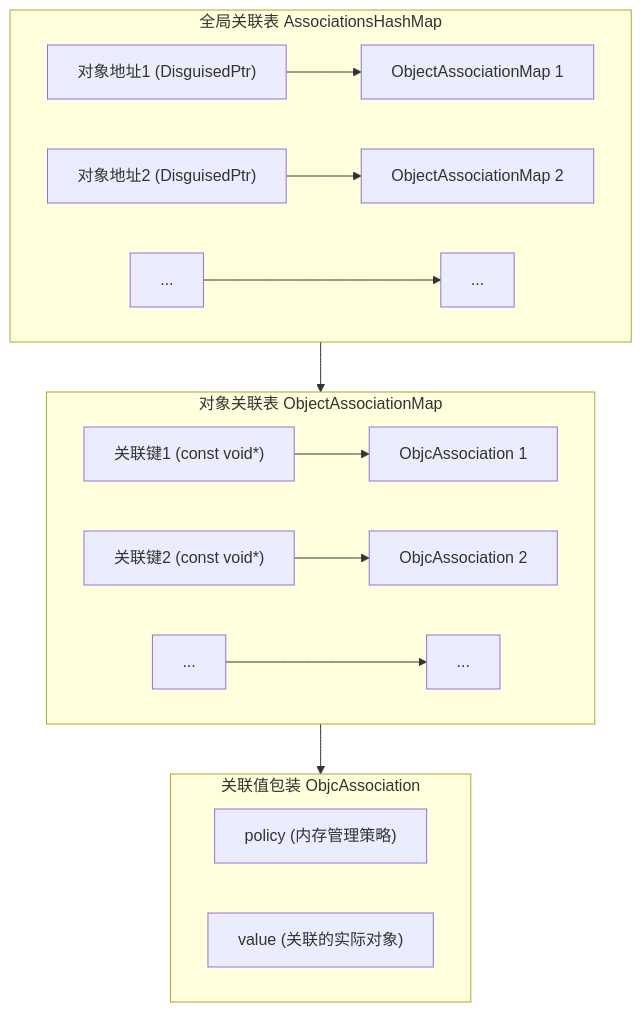
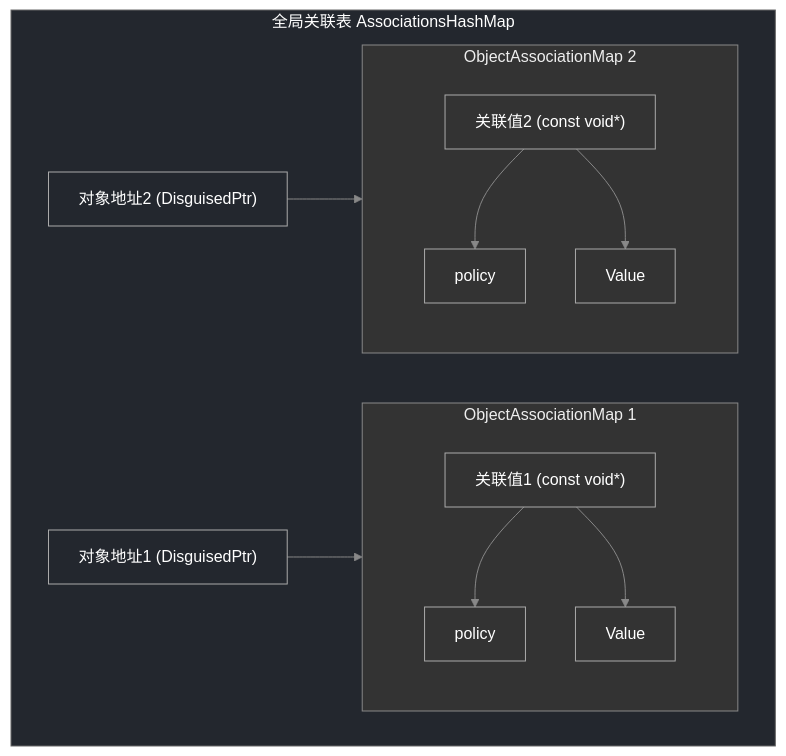
Before and after one commit to smallbei/smallbei.github.io: the diagram in _posts/2025-05-09-ios-associated-objects.md, drawn with Mermaid. The commit also changed 4 other files, not shown here.

````diff
--- a/_posts/2025-05-09-ios-associated-objects.md
+++ b/_posts/2025-05-09-ios-associated-objects.md
@@ -99,22 +99,36 @@
 ```mermaid
 flowchart TD
+    %% 全局关联表
     subgraph Global["全局关联表 AssociationsHashMap"]
-        ObjAddr1["对象地址1 (DisguisedPtr)"] --> ObjMap1["ObjectAssociationMap 1"]
-        ObjAddr2["对象地址2 (DisguisedPtr)"] --> ObjMap2["ObjectAssociationMap 2"]
-        ObjAddr3["..."] --> ObjMap3["..."]
+        style Global fill:#23272e,stroke:#666,stroke-width:1px,color:#fff
+        Obj1["对象地址1 (DisguisedPtr)"]
+        Obj2["对象地址2 (DisguisedPtr)"]
+        Obj1 --> Map1
+        Obj2 --> Map2
     end
 
-    subgraph ObjMap["对象关联表 ObjectAssociationMap"]
-        Key1["关联键1 (const void*)"] --> Assoc1["ObjcAssociation 1"]
-        Key2["关联键2 (const void*)"] --> Assoc2["ObjcAssociation 2"] 
-        Key3["..."] --> Assoc3["..."]
+    %% 对象1的关联表
+    subgraph Map1["ObjectAssociationMap 1"]
+        style Map1 fill:#333,stroke:#888,color:#eee
+        direction TB
+        Key1["关联值1 (const void*)"]
+        Key1 --> Policy1["policy"]
+        Key1 --> Value1["Value"]
     end
 
-    subgraph Assoc["关联值包装 ObjcAssociation"]
-        Policy["policy (内存管理策略)"]
-        Value["value (关联的实际对象)"]
+    %% 对象2的关联表
+    subgraph Map2["ObjectAssociationMap 2"]
+        style Map2 fill:#333,stroke:#888,color:#eee
+        direction TB
+        Key2["关联值2 (const void*)"]
+        Key2 --> Policy2["policy"]
+        Key2 --> Value2["Value"]
     end
 
-    Global --> ObjMap
-    ObjMap --> Assoc
+    %% 样式
+    classDef node fill:none,stroke:#aaa,color:#fff
+    class Obj1,Obj2,Map1,Map2,Key1,Key2,Policy1,Policy2,Value1,Value2 node
+
+    %% 线条样式
+    linkStyle 0,1,2,3,4,5 stroke:#888,stroke-width:1px
 ```
````
